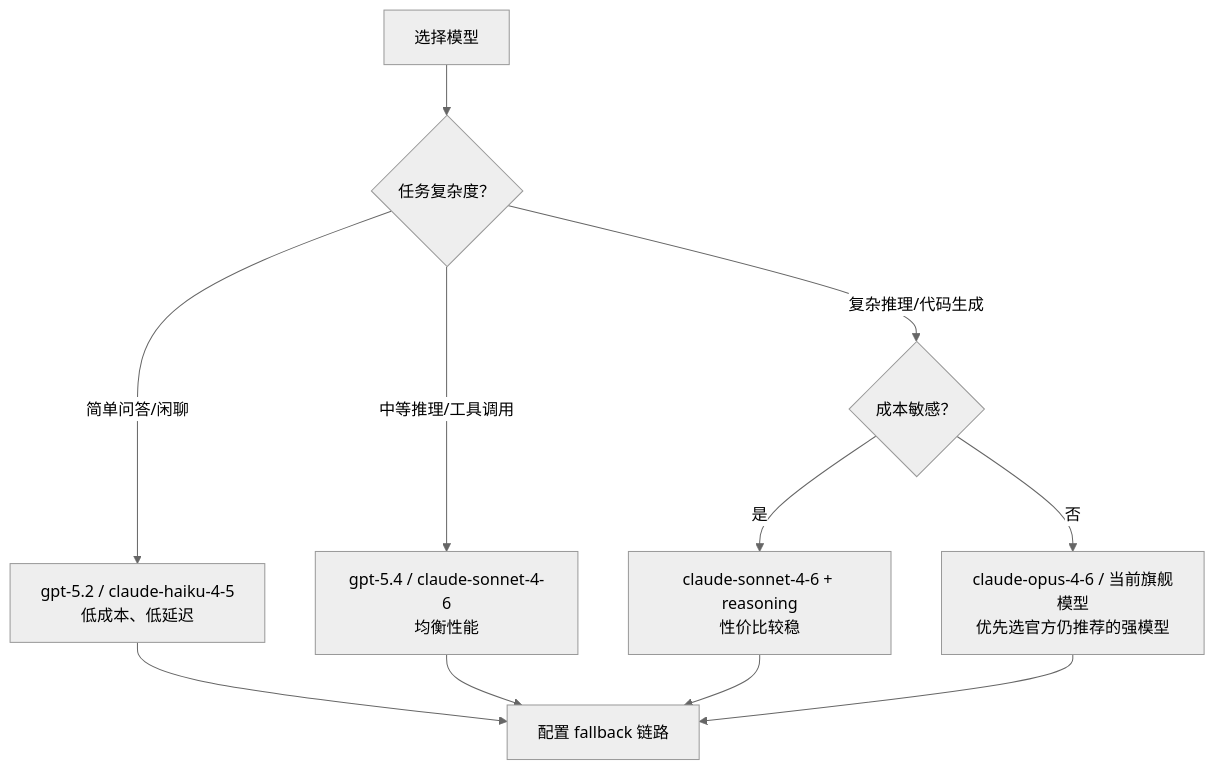
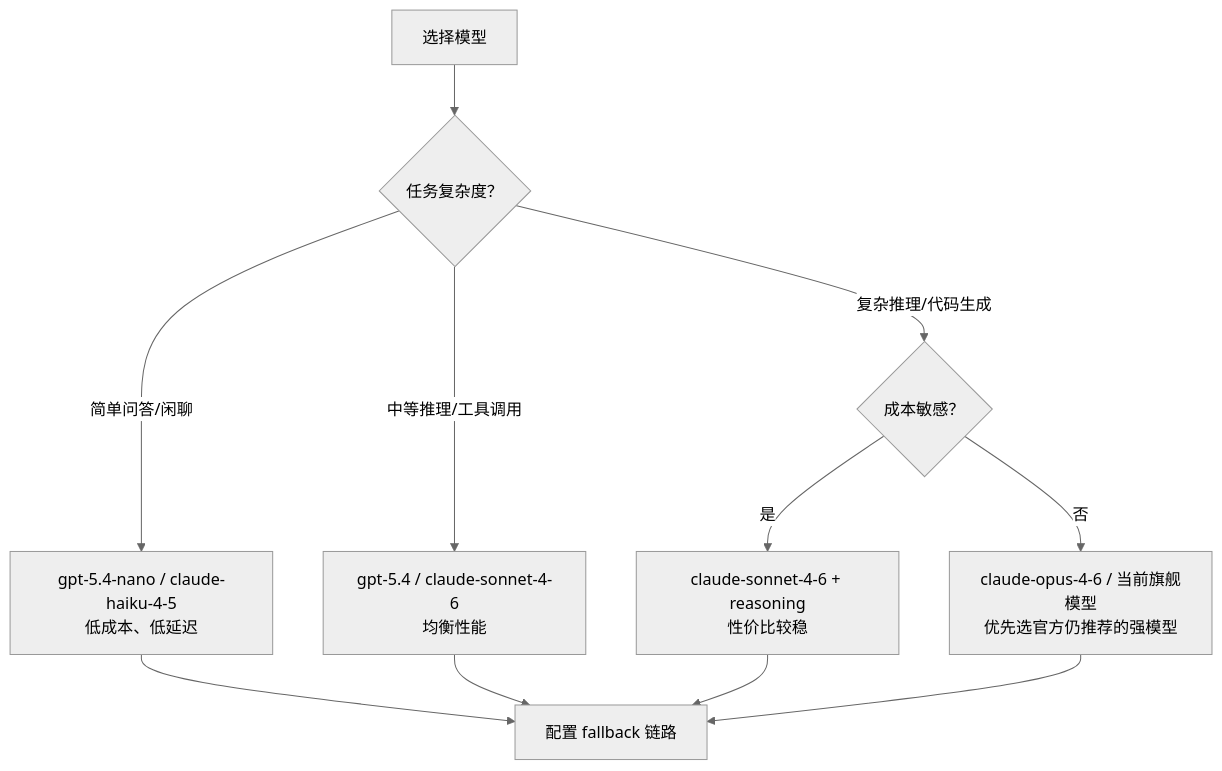
The diagram in 04_config_models/4.3_model_selection.md (yeasy/openclaw_guide), drawn with Mermaid (neutral theme) before and after one commit. The commit also changed other lines of this file and 9 other files, not shown here.

````diff
--- a/04_config_models/4.3_model_selection.md
+++ b/04_config_models/4.3_model_selection.md
@@ -30,13 +30,13 @@
 ```mermaid
 flowchart TD
     Start["选择模型"] --> Q1{"任务复杂度？"}
-    Q1 -->|"简单问答/闲聊"| M1["gpt-5.2 / claude-haiku-4-5<br/>低成本、低延迟"]
+    Q1 -->|"简单问答/闲聊"| M1["gpt-5.4-nano / claude-haiku-4-5<br/>低成本、低延迟"]
     Q1 -->|"中等推理/工具调用"| M2["gpt-5.4 / claude-sonnet-4-6<br/>均衡性能"]
     Q1 -->|"复杂推理/代码生成"| Q2{"成本敏感？"}
     Q2 -->|"是"| M3["claude-sonnet-4-6 + reasoning<br/>性价比较稳"]
     Q2 -->|"否"| M4["claude-opus-4-6 / 当前旗舰模型<br/>优先选官方仍推荐的强模型"]
     M1 --> FB["配置 fallback 链路"]
     M2 --> FB
     M3 --> FB
     M4 --> FB
 ```
````
